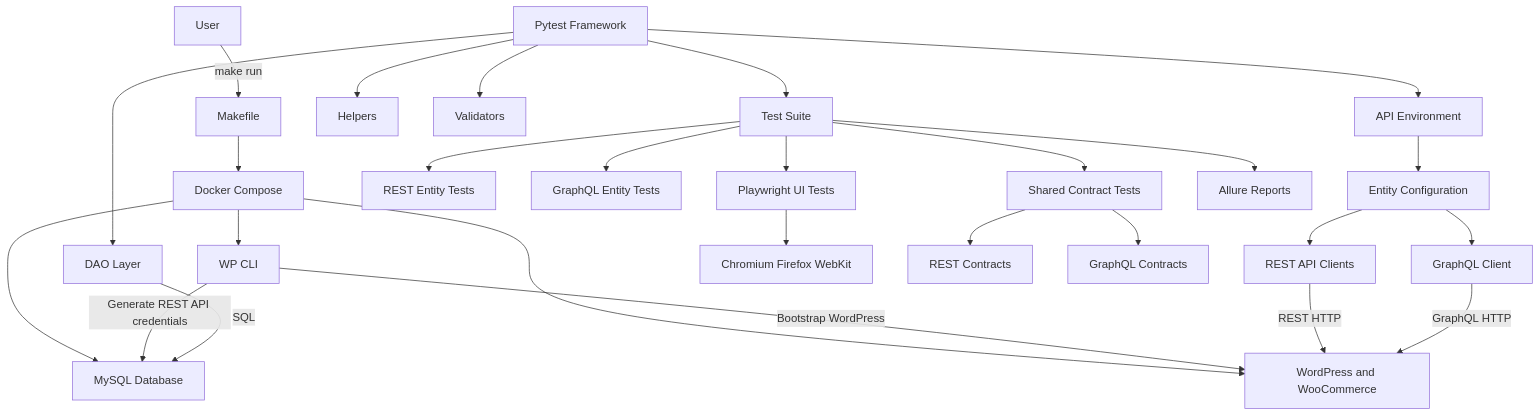
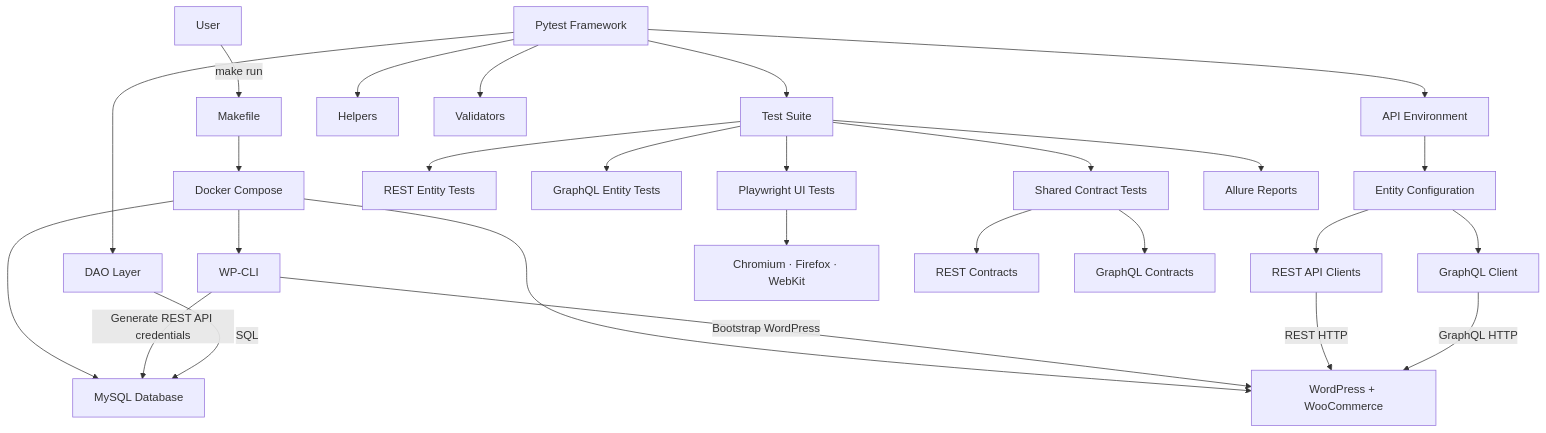
Before and after one commit to Kwakic/TestingWoocommerceAPI: the diagram in README.md, drawn with Mermaid. The commit also changed other lines of this file, not shown here.

````diff
--- a/README.md
+++ b/README.md
@@ -390,46 +167,40 @@
 ```mermaid
 flowchart TD
 
-    %% --------------------------------------------------
-    %% Infrastructure
-    %% --------------------------------------------------
     A[User] -->|make run| B[Makefile]
     B --> C[Docker Compose]
 
     C --> D[MySQL Database]
-    C --> E[WordPress and WooCommerce]
-    C --> F[WP CLI]
+    C --> E[WordPress + WooCommerce]
+    C --> F[WP-CLI]
 
     F -->|Bootstrap WordPress| E
     F -->|Generate REST API credentials| D
 
-    %% Framework
     G[Pytest Framework] --> N[API Environment]
     N --> O[Entity Configuration]
 
     O --> H[REST API Clients]
     O --> Q[GraphQL Client]
 
     G --> I[Helpers]
     G --> J[Validators]
     G --> K[DAO Layer]
 
     H -->|REST HTTP| E
     Q -->|GraphQL HTTP| E
     K -->|SQL| D
 
-    %% Tests and Reporting
     G --> L[Test Suite]
 
     L --> R[REST Entity Tests]
     L --> S[GraphQL Entity Tests]
-
     L --> W[Playwright UI Tests]
-    W --> X[Chromium Firefox WebKit]
+    W --> X[Chromium · Firefox · WebKit]
 
     L --> T[Shared Contract Tests]
     T --> U[REST Contracts]
     T --> V[GraphQL Contracts]
 
     L --> M[Allure Reports]
 ```
````
